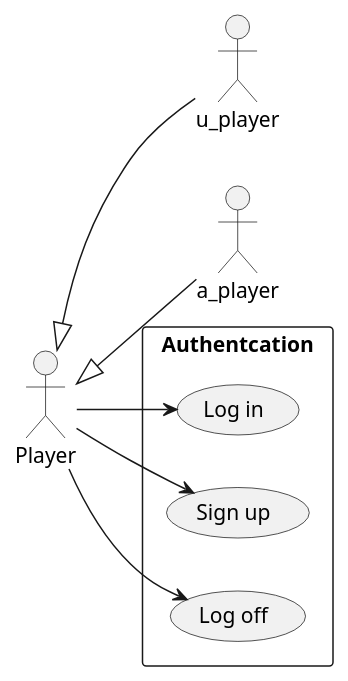
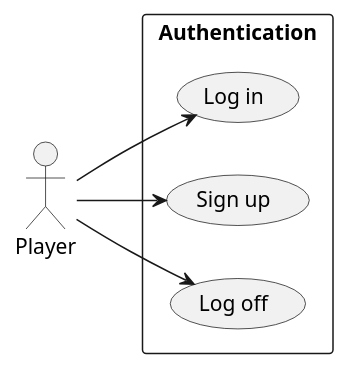
Before and after one commit to Cryptic5/itsSoOverlief: the diagram in PSI_2nd_trial/Diagrams/use_case_account.puml, drawn with PlantUML. The commit also changed 1 other file, not shown here.

```diff
--- a/PSI_2nd_trial/Diagrams/use_case_account.puml
+++ b/PSI_2nd_trial/Diagrams/use_case_account.puml
@@ -1,18 +1,15 @@
 @startuml use_case_account
 ' !pragma layout smetana
 left to right direction
 :Player: as player
 
-rectangle "Authentcation" as account {
+rectangle "Authentication" as account {
     usecase "Log in" as log_in
     usecase "Sign up" as sign_up
     usecase "Log off" as log_out
 }
 
-player <|-- u_player
-player <|-- a_player
-
 player --> log_in
 player --> sign_up
 player --> log_out
 @enduml
```
